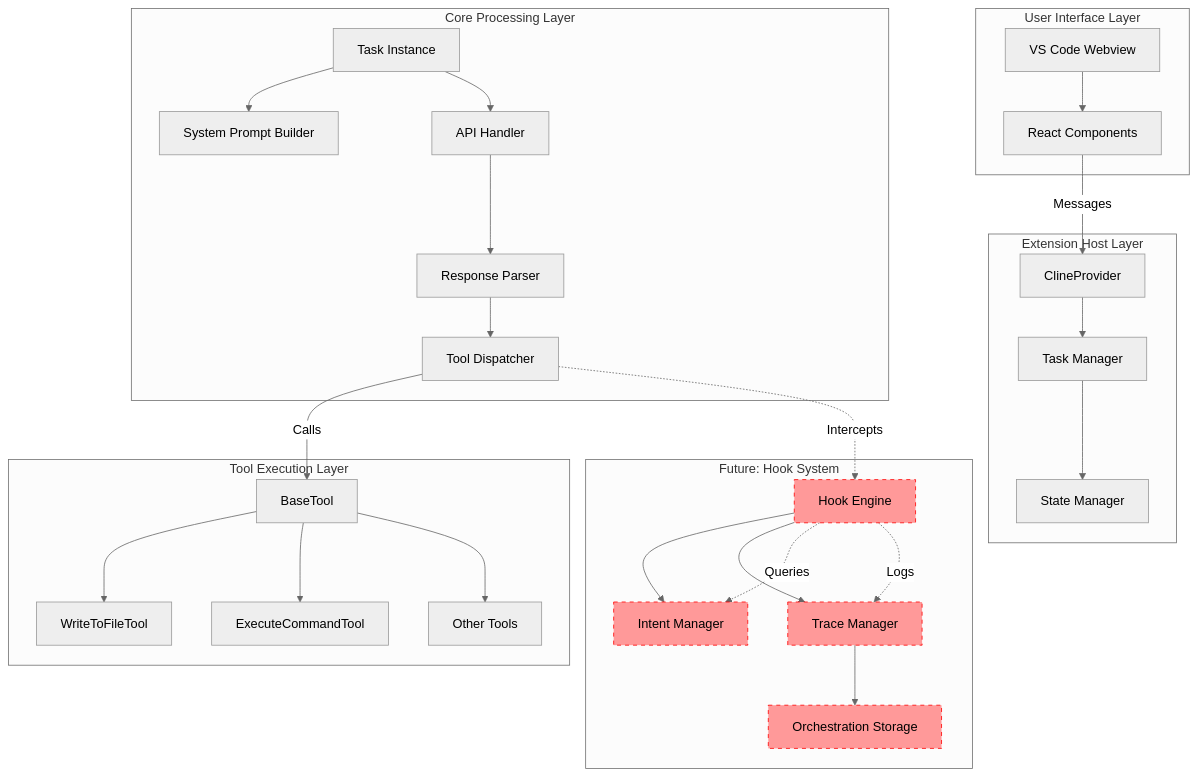
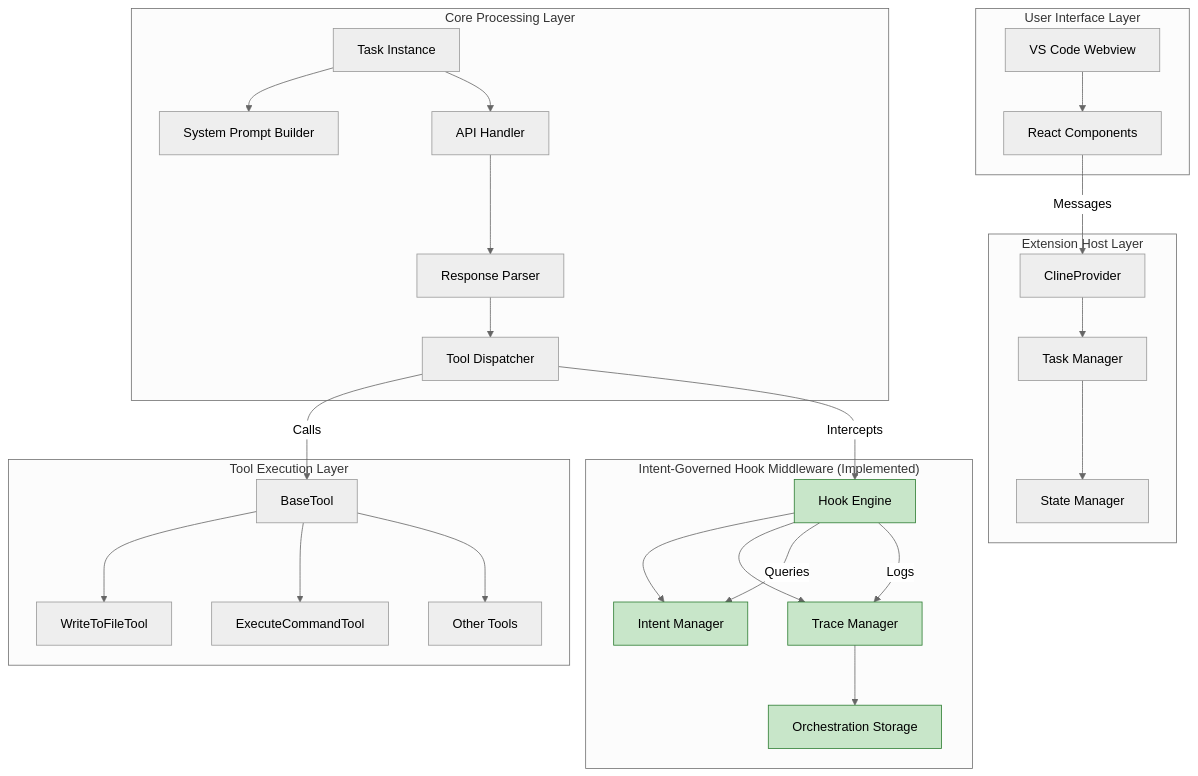
One commit to MamaMoh/TRP1-Challenge-Week-1 changed diagram 16 of 19 in ARCHITECTURE_NOTES.md. Above: the diagram before and after it, drawn with Mermaid (neutral theme). The commit also changed other lines of this file and 6 other files, not shown here.

First line of the commit message:
docs: expand ARCHITECTURE_NOTES with detailed Intent-Governed Hook Middleware

````diff
--- a/ARCHITECTURE_NOTES.md
+++ b/ARCHITECTURE_NOTES.md
@@ -1086,59 +1084,59 @@
 ```mermaid
 graph TB
     subgraph "User Interface Layer"
         A[VS Code Webview]
         B[React Components]
         A --> B
     end
 
     subgraph "Extension Host Layer"
         C[ClineProvider]
         D[Task Manager]
         E[State Manager]
         C --> D
         D --> E
     end
 
     subgraph "Core Processing Layer"
         F[Task Instance]
         G[System Prompt Builder]
         H[API Handler]
         I[Response Parser]
         J[Tool Dispatcher]
         F --> G
         F --> H
         H --> I
         I --> J
     end
 
     subgraph "Tool Execution Layer"
         K[BaseTool]
         L[WriteToFileTool]
         M[ExecuteCommandTool]
         N[Other Tools]
         K --> L
         K --> M
         K --> N
     end
 
-    subgraph "Future: Hook System"
+    subgraph "Intent-Governed Hook Middleware (Implemented)"
         O[Hook Engine]
         P[Intent Manager]
         Q[Trace Manager]
         R[Orchestration Storage]
         O --> P
         O --> Q
         Q --> R
     end
 
     B -->|Messages| C
     J -->|Calls| K
-    J -.->|Intercepts| O
-    O -.->|Queries| P
-    O -.->|Logs| Q
+    J -->|Intercepts| O
+    O -->|Queries| P
+    O -->|Logs| Q
 
-    style O fill:#ff9999,stroke:#ff0000,stroke-dasharray: 5 5
-    style P fill:#ff9999,stroke:#ff0000,stroke-dasharray: 5 5
-    style Q fill:#ff9999,stroke:#ff0000,stroke-dasharray: 5 5
-    style R fill:#ff9999,stroke:#ff0000,stroke-dasharray: 5 5
+    style O fill:#c8e6c9,stroke:#2e7d32
+    style P fill:#c8e6c9,stroke:#2e7d32
+    style Q fill:#c8e6c9,stroke:#2e7d32
+    style R fill:#c8e6c9,stroke:#2e7d32
 ```
````
